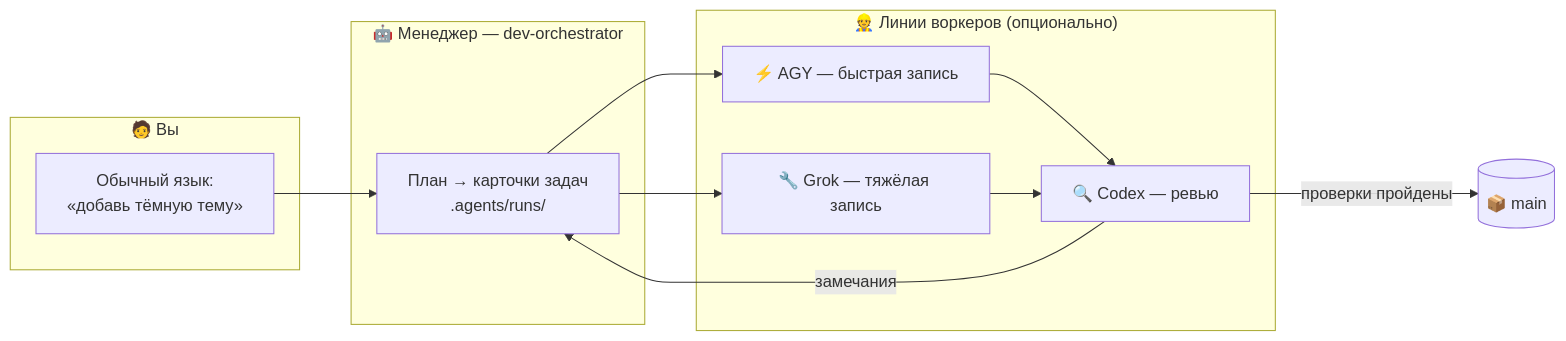
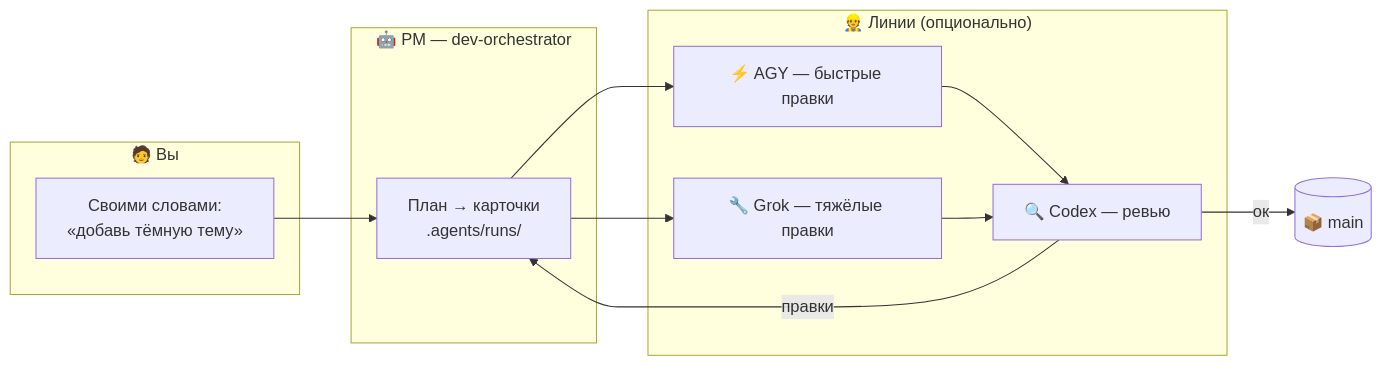
One commit to VKirill/claude-lane-stack changed the diagram in README.ru.md. Above: the diagram before and after it, drawn with Mermaid. The commit also changed other lines of this file and 26 other files, not shown here.

````diff
--- a/README.ru.md
+++ b/README.ru.md
@@ -72,19 +71,19 @@
 ```mermaid
 flowchart LR
     subgraph you ["🧑 Вы"]
-        A["Обычный язык:<br/>«добавь тёмную тему»"]
+        A["Своими словами:<br/>«добавь тёмную тему»"]
     end
-    subgraph pm ["🤖 Менеджер — dev-orchestrator"]
-        B["План → карточки задач<br/>.agents/runs/"]
+    subgraph pm ["🤖 PM — dev-orchestrator"]
+        B["План → карточки<br/>.agents/runs/"]
     end
-    subgraph lanes ["👷 Линии воркеров (опционально)"]
-        C["⚡ AGY — быстрая запись"]
-        D["🔧 Grok — тяжёлая запись"]
+    subgraph lanes ["👷 Линии (опционально)"]
+        C["⚡ AGY — быстрые правки"]
+        D["🔧 Grok — тяжёлые правки"]
         E["🔍 Codex — ревью"]
     end
     A --> B
     B --> C & D
     C & D --> E
-    E -->|проверки пройдены| F[("📦 main")]
-    E -->|замечания| B
+    E -->|ок| F[("📦 main")]
+    E -->|правки| B
 ```
````
